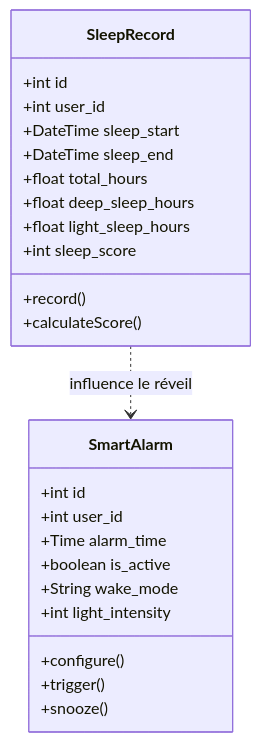
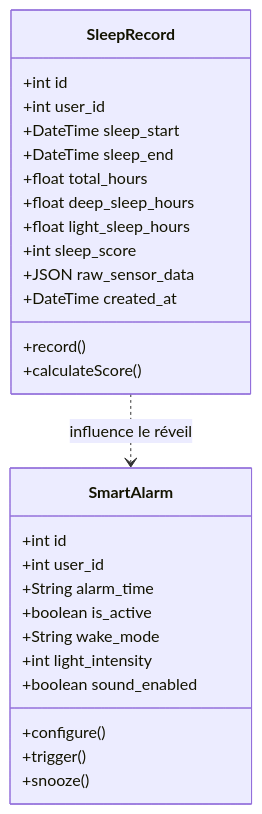
One commit to Jkacem/smart_focus changed the eighth of 11 diagrams in docs/Conception_DiagrammeClasses.md. Above: the diagram before and after it, drawn with Mermaid. The commit also changed other lines of this file and 21 other files, not shown here.

````diff
--- a/docs/Conception_DiagrammeClasses.md
+++ b/docs/Conception_DiagrammeClasses.md
@@ -723,29 +857,32 @@
 ```mermaid
 classDiagram
     class SleepRecord {
         +int id
         +int user_id
         +DateTime sleep_start
         +DateTime sleep_end
         +float total_hours
         +float deep_sleep_hours
         +float light_sleep_hours
         +int sleep_score
+        +JSON raw_sensor_data
+        +DateTime created_at
         +record()
         +calculateScore()
     }
 
     class SmartAlarm {
         +int id
         +int user_id
-        +Time alarm_time
+        +String alarm_time
         +boolean is_active
         +String wake_mode
         +int light_intensity
+        +boolean sound_enabled
         +configure()
         +trigger()
         +snooze()
     }
 
     SleepRecord ..> SmartAlarm : influence le réveil
 ```
````
